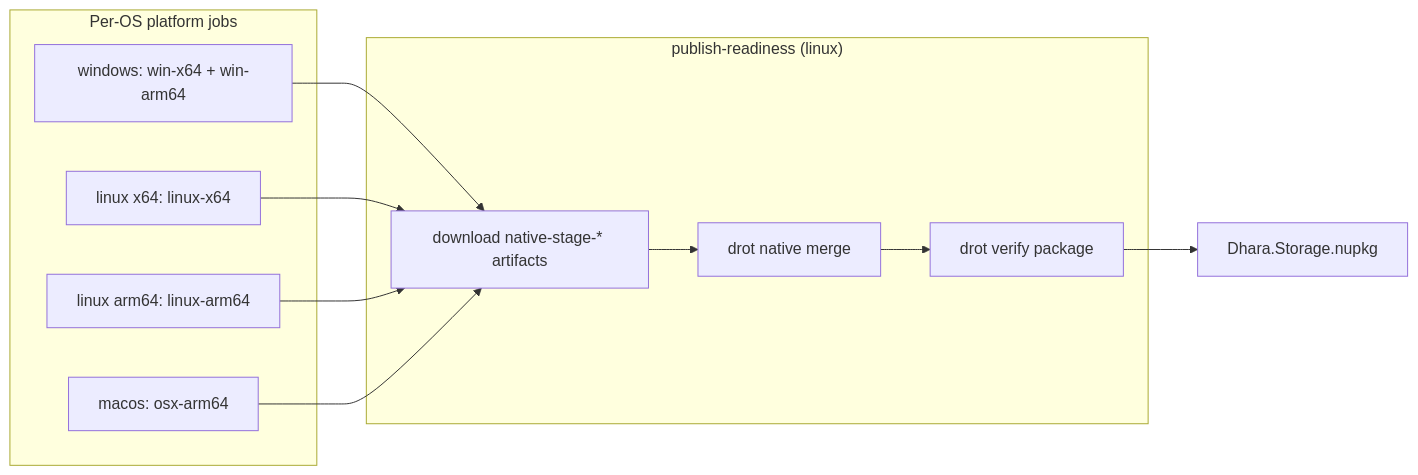
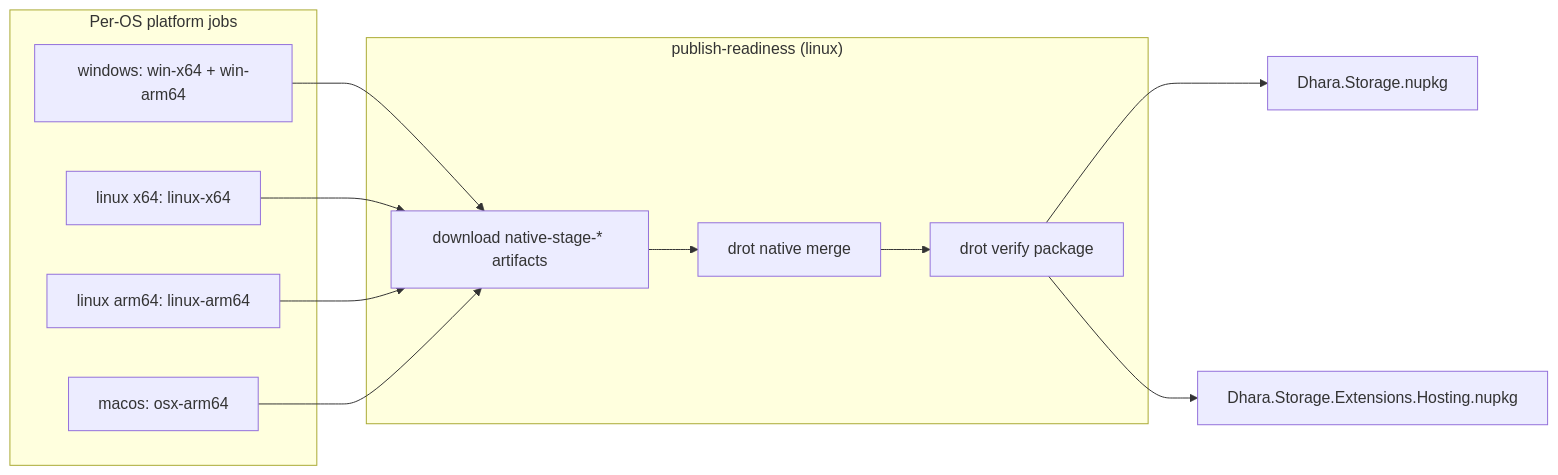
Before and after one commit to D-Naveenz/dhara_storage: the diagram in docs/native-packaging.md, drawn with Mermaid. The commit also changed other lines of this file and 6 other files, not shown here.

First line of the commit message:
📦 Pack and publish hosting NuGet package alongside storage

````diff
--- a/docs/native-packaging.md
+++ b/docs/native-packaging.md
@@ -9,18 +9,19 @@
 ```mermaid
 flowchart LR
   subgraph stage ["Per-OS platform jobs"]
     W[windows: win-x64 + win-arm64]
     L[linux x64: linux-x64]
     LA[linux arm64: linux-arm64]
     M[macos: osx-arm64]
   end
 
   subgraph merge ["publish-readiness (linux)"]
     DL[download native-stage-* artifacts]
     MG[drot native merge]
     VP[drot verify package]
   end
 
   W & L & LA & M --> DL --> MG --> VP
   VP --> NUPKG[Dhara.Storage.nupkg]
+  VP --> HOSTING[Dhara.Storage.Extensions.Hosting.nupkg]
 ```
````
